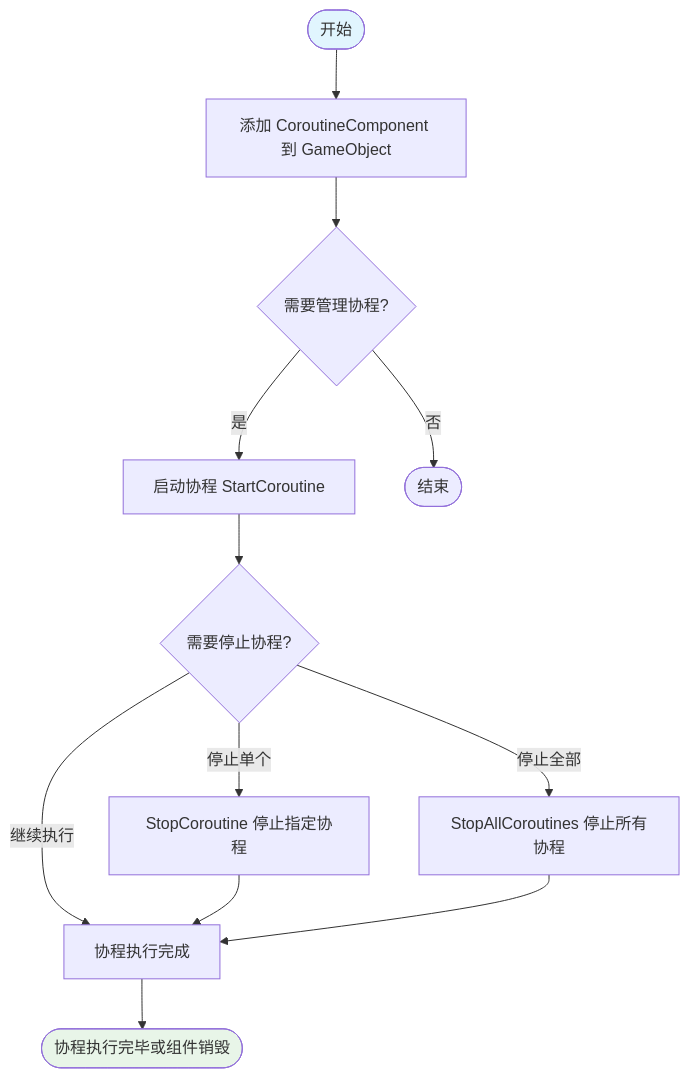
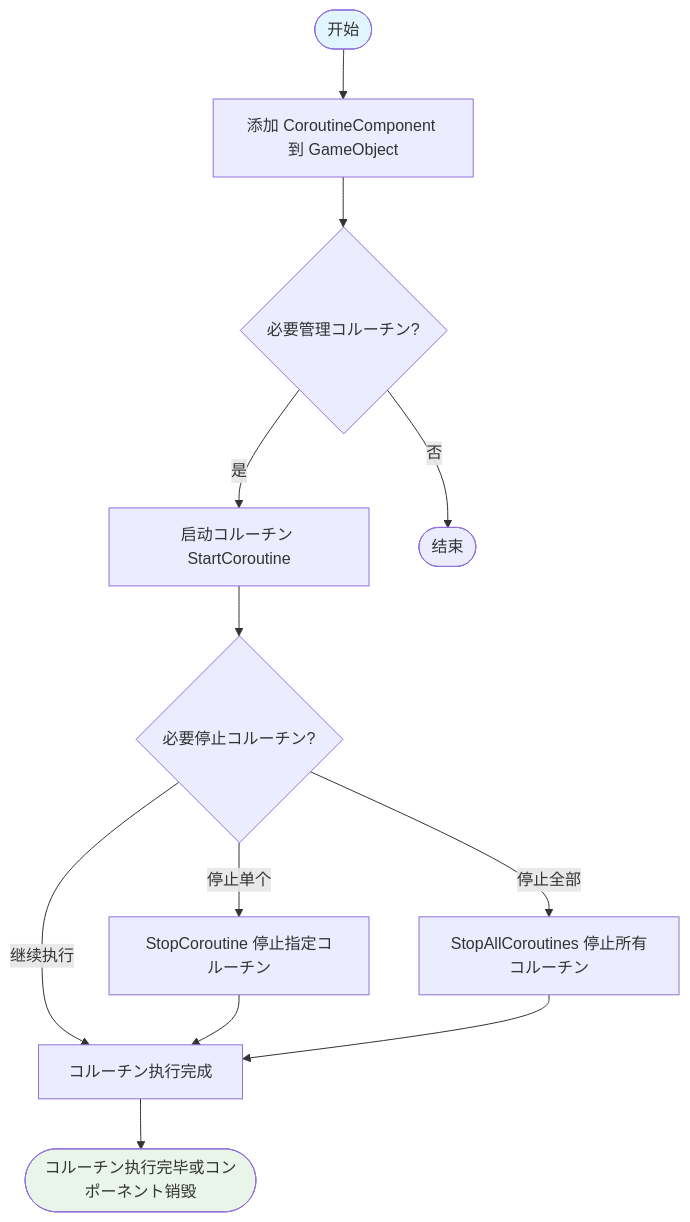
Before and after one commit to AlianBlank/GameFrameX.Docs: the first of 2 diagrams in docs/ja/client/unity/component/coroutine/05.usage.md, drawn with Mermaid. The commit also changed other lines of this file and 603 other files, not shown here.

````diff
--- a/docs/ja/client/unity/component/coroutine/05.usage.md
+++ b/docs/ja/client/unity/component/coroutine/05.usage.md
@@ -26,17 +26,17 @@
 ```mermaid
 flowchart TD
     A([开始]) --> B[添加 CoroutineComponent 到 GameObject]
-    B --> C{需要管理协程?}
-    C -->|是| D[启动协程 StartCoroutine]
-    D --> E{需要停止协程?}
-    E -->|停止单个| F[StopCoroutine 停止指定协程]
-    E -->|停止全部| G[StopAllCoroutines 停止所有协程]
-    E -->|继续执行| H[协程执行完成]
+    B --> C{必要管理コルーチン?}
+    C -->|是| D[启动コルーチン StartCoroutine]
+    D --> E{必要停止コルーチン?}
+    E -->|停止单个| F[StopCoroutine 停止指定コルーチン]
+    E -->|停止全部| G[StopAllCoroutines 停止所有コルーチン]
+    E -->|继续执行| H[コルーチン执行完成]
     C -->|否| I([结束])
     F --> H
     G --> H
-    H --> J([协程执行完毕或组件销毁])
+    H --> J([コルーチン执行完毕或コンポーネント销毁])
     
     style A fill:#e1f5fe
     style J fill:#e8f5e8
 ```
````
